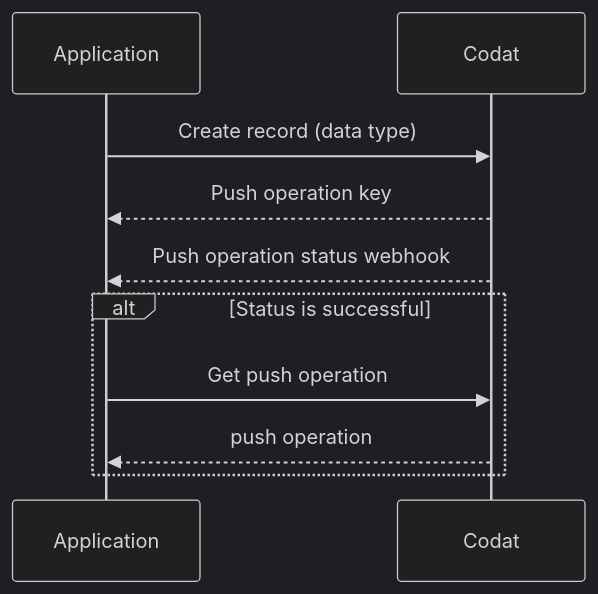
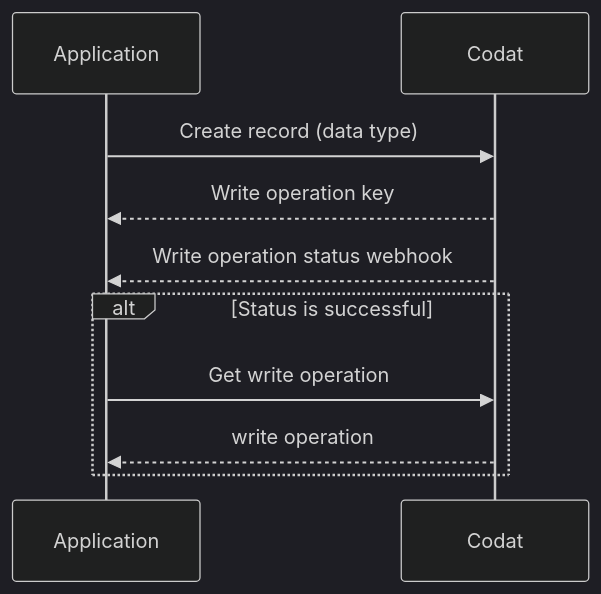
The second of 2 diagrams in docs/lending/guides/loan-writeback/introduction.md (codatio/codat-docs), drawn with Mermaid (dark theme) before and after one commit. The commit also changed 184 other files, not shown here.

````diff
--- a/docs/lending/guides/loan-writeback/introduction.md
+++ b/docs/lending/guides/loan-writeback/introduction.md
@@ -122,15 +122,15 @@
 ```mermaid
   sequenceDiagram
     participant backend as Application 
     participant codat as Codat
     
     backend ->> codat: Create record (data type)
-    codat -->> backend: Push operation key
+    codat -->> backend: Write operation key
 
-    codat -->> backend: Push operation status webhook
+    codat -->> backend: Write operation status webhook
 
     alt Status is successful
-        backend ->> codat: Get push operation
-        codat -->> backend: push operation
+        backend ->> codat: Get write operation
+        codat -->> backend: write operation
     end
 ```
````
